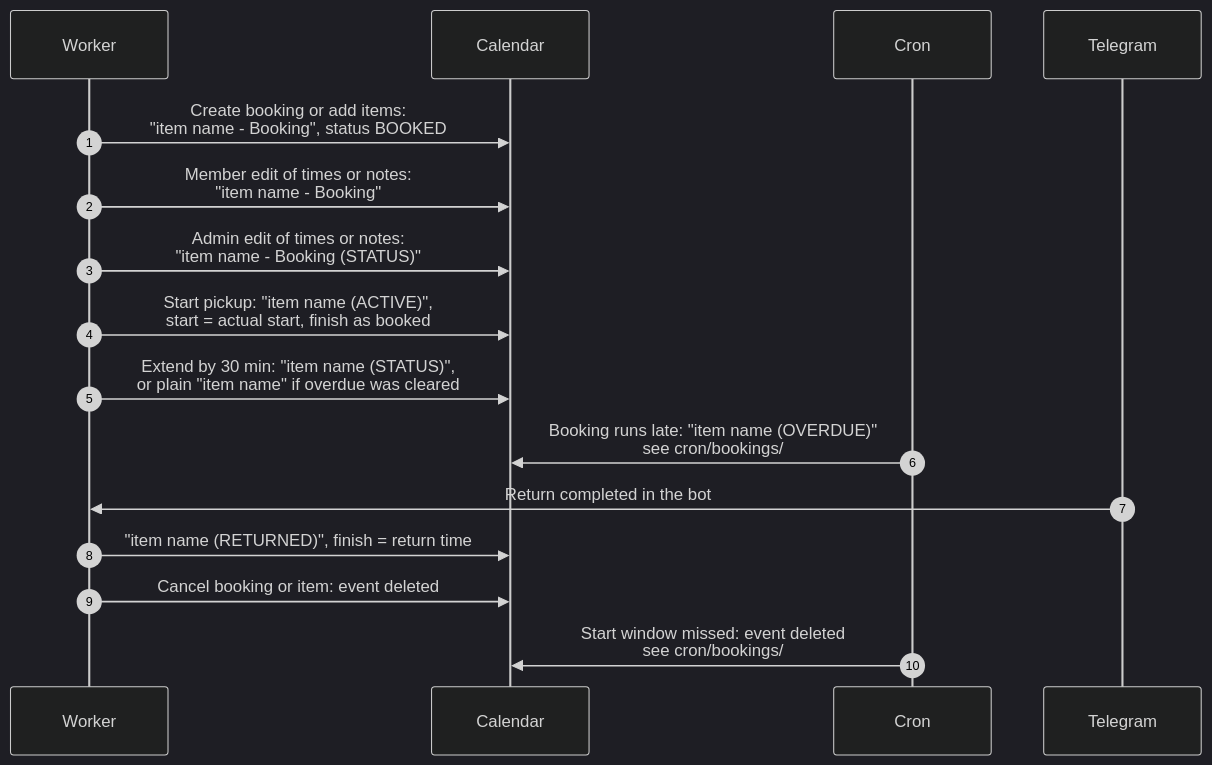
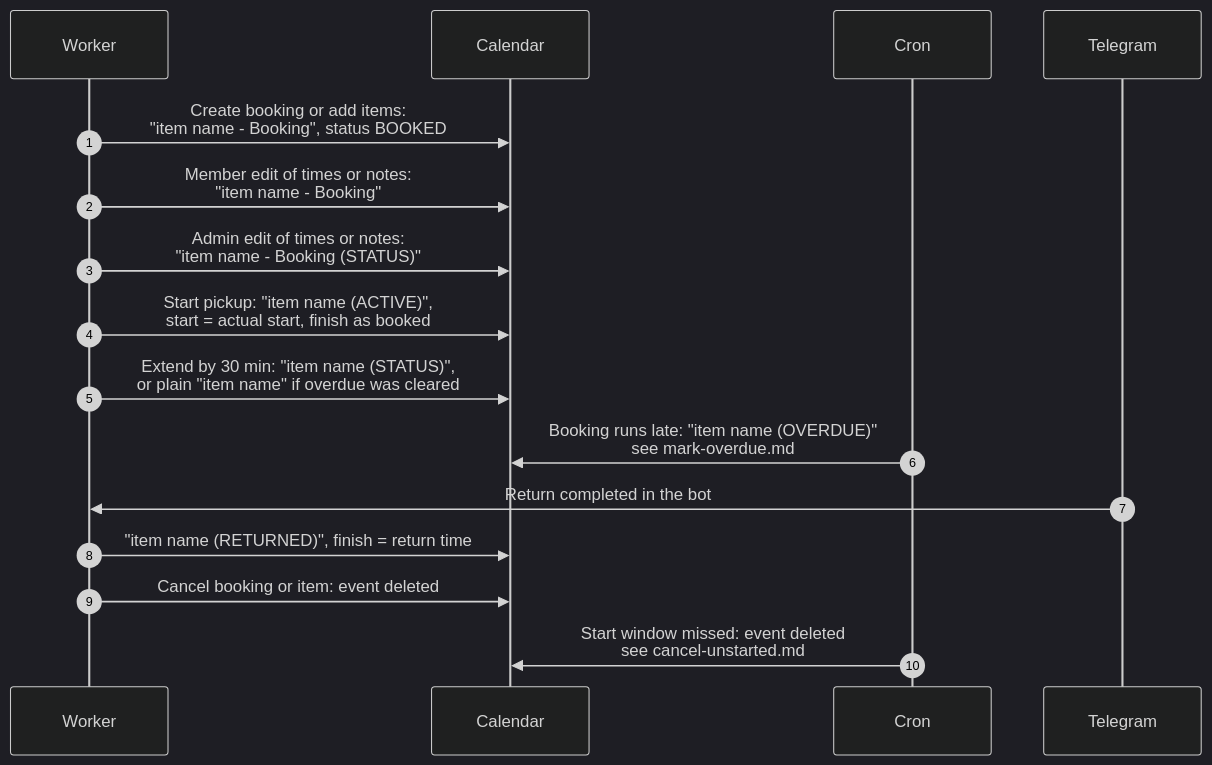
Before and after one commit to sagyzdop/meriksirat: the diagram in docs/scenarios/bookings/calendar-event-titles.md, drawn with Mermaid (dark theme). The commit also changed other lines of this file and 17 other files, not shown here.

Commit message:
docs(scenarios): verify bookings diagrams against the code

````diff
--- a/docs/scenarios/bookings/calendar-event-titles.md
+++ b/docs/scenarios/bookings/calendar-event-titles.md
@@ -31,18 +32,18 @@
 ```mermaid
 sequenceDiagram
     autonumber
     participant W as Worker
     participant C as Calendar
     participant Cr as Cron
     participant T as Telegram
     W->>C: Create booking or add items:<br/>"item name - Booking", status BOOKED
     W->>C: Member edit of times or notes:<br/>"item name - Booking"
     W->>C: Admin edit of times or notes:<br/>"item name - Booking (STATUS)"
     W->>C: Start pickup: "item name (ACTIVE)",<br/>start = actual start, finish as booked
     W->>C: Extend by 30 min: "item name (STATUS)",<br/>or plain "item name" if overdue was cleared
-    Cr->>C: Booking runs late: "item name (OVERDUE)"<br/>see cron/bookings/
+    Cr->>C: Booking runs late: "item name (OVERDUE)"<br/>see mark-overdue.md
     T->>W: Return completed in the bot
     W->>C: "item name (RETURNED)", finish = return time
     W->>C: Cancel booking or item: event deleted
-    Cr->>C: Start window missed: event deleted<br/>see cron/bookings/
+    Cr->>C: Start window missed: event deleted<br/>see cancel-unstarted.md
 ```
````
